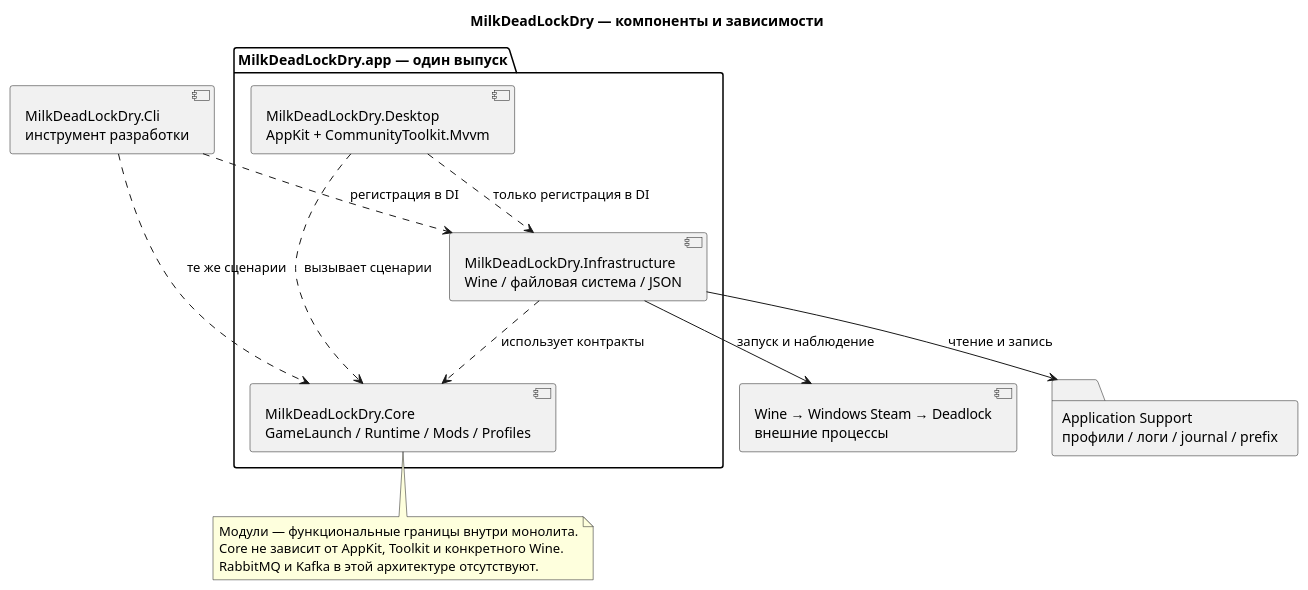
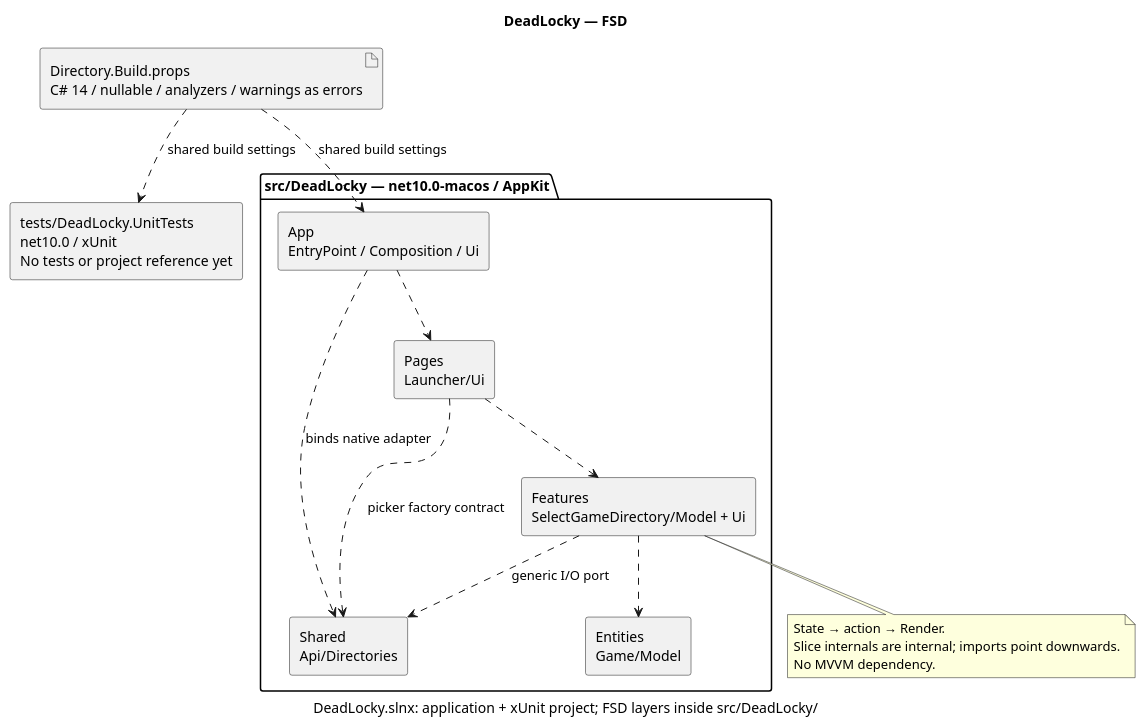
Before and after one commit to F3T1W/MilkDeadLockDry: the first of 3 diagrams in docs/architecture.puml, drawn with PlantUML. The commit also changed other lines of this file and 33 other files, not shown here.

Commit message:
refactor(architecture): Restructured to FSD

```diff
--- a/docs/architecture.puml
+++ b/docs/architecture.puml
@@ -1,24 +1,27 @@
 @startuml components
-title MilkDeadLockDry — компоненты и зависимости
+title DeadLocky — FSD
 skinparam shadowing false
-package "MilkDeadLockDry.app — один выпуск" {
-  component "MilkDeadLockDry.Desktop\nAppKit + CommunityToolkit.Mvvm" as Desktop
-  component "MilkDeadLockDry.Core\nGameLaunch / Runtime / Mods / Profiles" as Core
-  component "MilkDeadLockDry.Infrastructure\nWine / файловая система / JSON" as Infrastructure
-  Desktop ..> Core : вызывает сценарии
-  Infrastructure ..> Core : использует контракты
-  Desktop ..> Infrastructure : только регистрация в DI
+caption DeadLocky.slnx: application + xUnit project; FSD layers inside src/DeadLocky/
+package "src/DeadLocky — net10.0-macos / AppKit" {
+rectangle "App\nEntryPoint / Composition / Ui" as App
+rectangle "Pages\nLauncher/Ui" as Pages
+rectangle "Features\nSelectGameDirectory/Model + Ui" as Features
+rectangle "Entities\nGame/Model" as Entities
+rectangle "Shared\nApi/Directories" as Shared
 }
-component "MilkDeadLockDry.Cli\nинструмент разработки" as Cli
-component "Wine → Windows Steam → Deadlock\nвнешние процессы" as Game
-folder "Application Support\nпрофили / логи / journal / prefix" as Files
-Cli ..> Core : те же сценарии
-Cli ..> Infrastructure : регистрация в DI
-Infrastructure --> Game : запуск и наблюдение
-Infrastructure --> Files : чтение и запись
-note bottom of Core
-  Модули — функциональные границы внутри монолита.
-  Core не зависит от AppKit, Toolkit и конкретного Wine.
-  RabbitMQ и Kafka в этой архитектуре отсутствуют.
+rectangle "tests/DeadLocky.UnitTests\nnet10.0 / xUnit\nNo tests or project reference yet" as Tests
+artifact "Directory.Build.props\nC# 14 / nullable / analyzers / warnings as errors" as BuildProps
+BuildProps ..> App : shared build settings
+BuildProps ..> Tests : shared build settings
+App ..> Pages
+App ..> Shared : binds native adapter
+Pages ..> Features
+Pages ..> Shared : picker factory contract
+Features ..> Entities
+Features ..> Shared : generic I/O port
+note bottom of Features
+  State → action → Render.
+  Slice internals are internal; imports point downwards.
+  No MVVM dependency.
 end note
 @enduml
```
